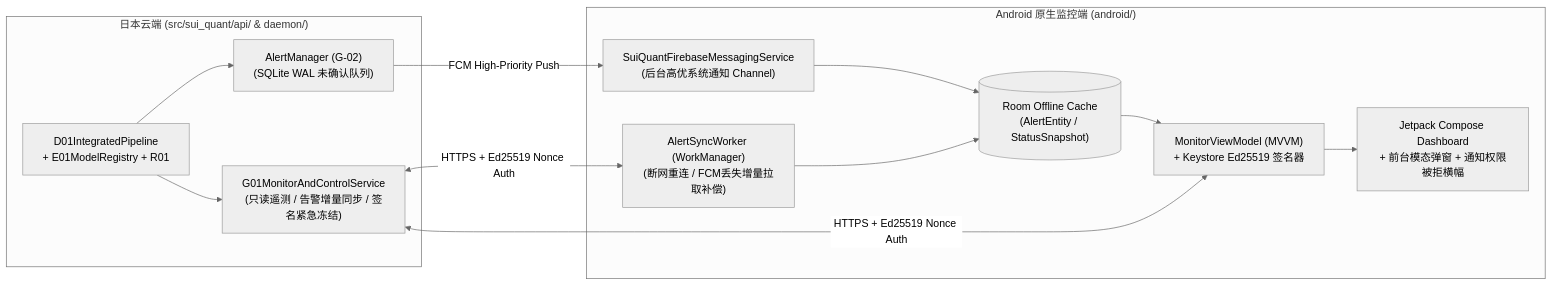
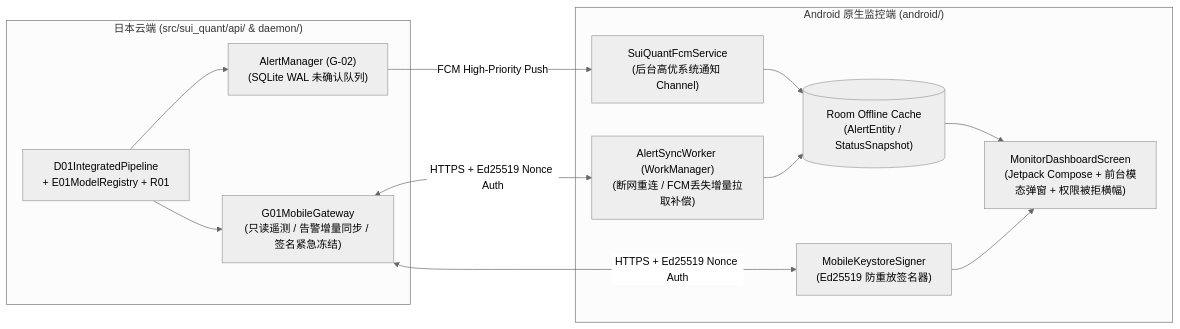
The diagram in docs/P7_PLAN.md (xl246122-sys/OBR-SUI), drawn with Mermaid (neutral theme) before and after one commit. The commit also changed other lines of this file and 15 other files, not shown here.

Commit message:
feat(p7): implement G-01 mobile gateway, native Android Kotlin+Compose+Room+WorkManager client, G-02 offline alert sync, Ed25519 emergency lockdown, and P8_PLAN

````diff
--- a/docs/P7_PLAN.md
+++ b/docs/P7_PLAN.md
@@ -42,25 +48,25 @@
 ```mermaid
 flowchart LR
   subgraph CLOUD["日本云端 (src/sui_quant/api/ & daemon/)"]
     PIPE["D01IntegratedPipeline\n+ E01ModelRegistry + R01"]
     AM["AlertManager (G-02)\n(SQLite WAL 未确认队列)"]
-    API["G01MonitorAndControlService\n(只读遥测 / 告警增量同步 / 签名紧急冻结)"]
+    API["G01MobileGateway\n(只读遥测 / 告警增量同步 / 签名紧急冻结)"]
   end
 
   subgraph ANDROID["Android 原生监控端 (android/)"]
-    FCM["SuiQuantFirebaseMessagingService\n(后台高优系统通知 Channel)"]
+    FCM["SuiQuantFcmService\n(后台高优系统通知 Channel)"]
     WM["AlertSyncWorker (WorkManager)\n(断网重连 / FCM丢失增量拉取补偿)"]
     ROOM[("Room Offline Cache\n(AlertEntity / StatusSnapshot)")]
-    VM["MonitorViewModel (MVVM)\n+ Keystore Ed25519 签名器"]
-    UI["Jetpack Compose Dashboard\n+ 前台模态弹窗 + 通知权限被拒横幅"]
+    VM["MobileKeystoreSigner\n(Ed25519 防重放签名器)"]
+    UI["MonitorDashboardScreen\n(Jetpack Compose + 前台模态弹窗 + 权限被拒横幅)"]
   end
 
   PIPE --> AM
   PIPE --> API
   AM -->|"FCM High-Priority Push"| FCM
   API <-->|"HTTPS + Ed25519 Nonce Auth"| WM & VM
   FCM --> ROOM
   WM --> ROOM
-  ROOM --> VM
+  ROOM --> UI
   VM --> UI
 ```
````
